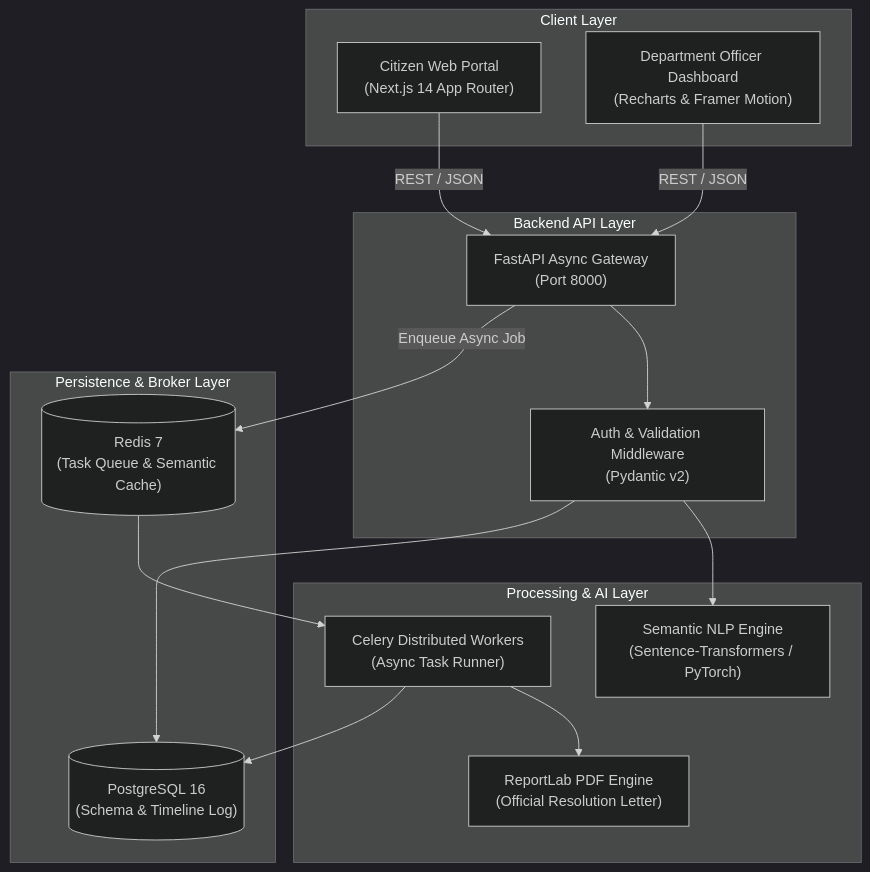
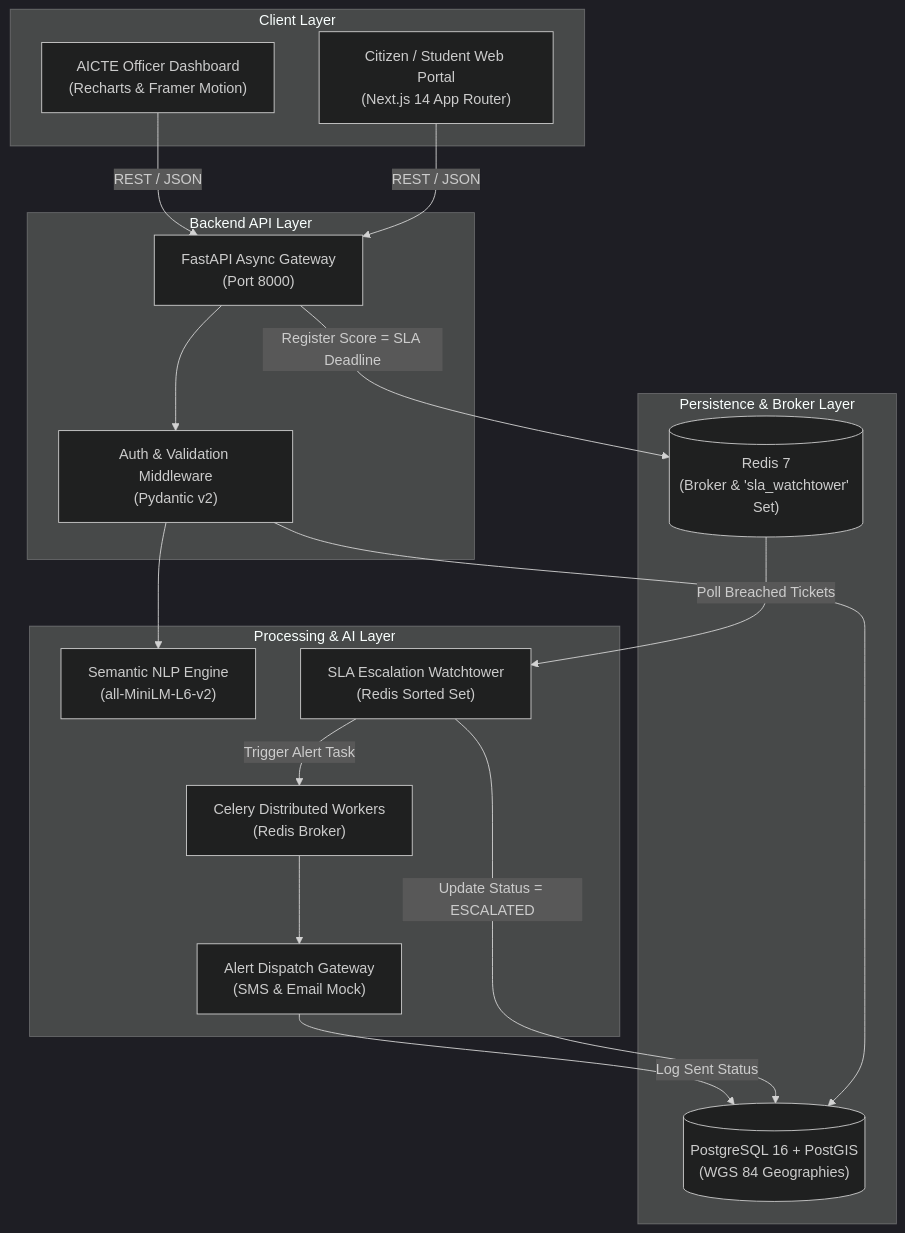
Before and after one commit to hasithdvsk/Grievance360: the diagram in docs/architecture.md, drawn with Mermaid (dark theme). The commit also changed other lines of this file, not shown here.

Commit message:
docs: document Redis SLA Watchtower architecture and automated alert dispatch flows

````diff
--- a/docs/architecture.md
+++ b/docs/architecture.md
@@ -9,33 +9,36 @@
 ```mermaid
 flowchart TD
     subgraph ClientLayer ["Client Layer"]
-        CitizenBrowser["Citizen Web Portal\n(Next.js 14 App Router)"]
-        OfficialPortal["Department Officer Dashboard\n(Recharts & Framer Motion)"]
+        CitizenBrowser["Citizen / Student Web Portal\n(Next.js 14 App Router)"]
+        OfficialPortal["AICTE Officer Dashboard\n(Recharts & Framer Motion)"]
     end
 
     subgraph APILayer ["Backend API Layer"]
         FastAPIServer["FastAPI Async Gateway\n(Port 8000)"]
         CorsAuth["Auth & Validation Middleware\n(Pydantic v2)"]
     end
 
     subgraph ServiceLayer ["Processing & AI Layer"]
-        SentenceTransformers["Semantic NLP Engine\n(Sentence-Transformers / PyTorch)"]
-        CeleryWorker["Celery Distributed Workers\n(Async Task Runner)"]
-        PDFGen["ReportLab PDF Engine\n(Official Resolution Letter)"]
+        SentenceTransformers["Semantic NLP Engine\n(all-MiniLM-L6-v2)"]
+        CeleryWorker["Celery Distributed Workers\n(Redis Broker)"]
+        WatchtowerService["SLA Escalation Watchtower\n(Redis Sorted Set)"]
+        DispatchGateway["Alert Dispatch Gateway\n(SMS & Email Mock)"]
     end
 
     subgraph StorageLayer ["Persistence & Broker Layer"]
-        PostgreSQL[("PostgreSQL 16\n(Schema & Timeline Log)")]
-        RedisBroker[("Redis 7\n(Task Queue & Semantic Cache)")]
+        PostgreSQL[("PostgreSQL 16 + PostGIS\n(WGS 84 Geographies)")]
+        RedisBroker[("Redis 7\n(Broker & 'sla_watchtower' Set)")]
     end
 
     CitizenBrowser -->|REST / JSON| FastAPIServer
     OfficialPortal -->|REST / JSON| FastAPIServer
     FastAPIServer --> CorsAuth
     CorsAuth --> SentenceTransformers
     CorsAuth --> PostgreSQL
-    FastAPIServer -->|Enqueue Async Job| RedisBroker
-    RedisBroker --> CeleryWorker
-    CeleryWorker --> PDFGen
-    CeleryWorker --> PostgreSQL
+    FastAPIServer -->|Register Score = SLA Deadline| RedisBroker
+    RedisBroker -->|Poll Breached Tickets| WatchtowerService
+    WatchtowerService -->|Update Status = ESCALATED| PostgreSQL
+    WatchtowerService -->|Trigger Alert Task| CeleryWorker
+    CeleryWorker --> DispatchGateway
+    DispatchGateway -->|Log Sent Status| PostgreSQL
 ```
````
